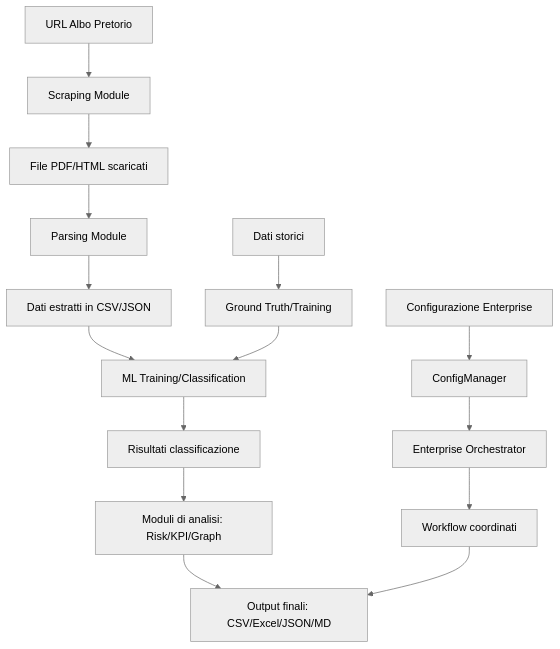
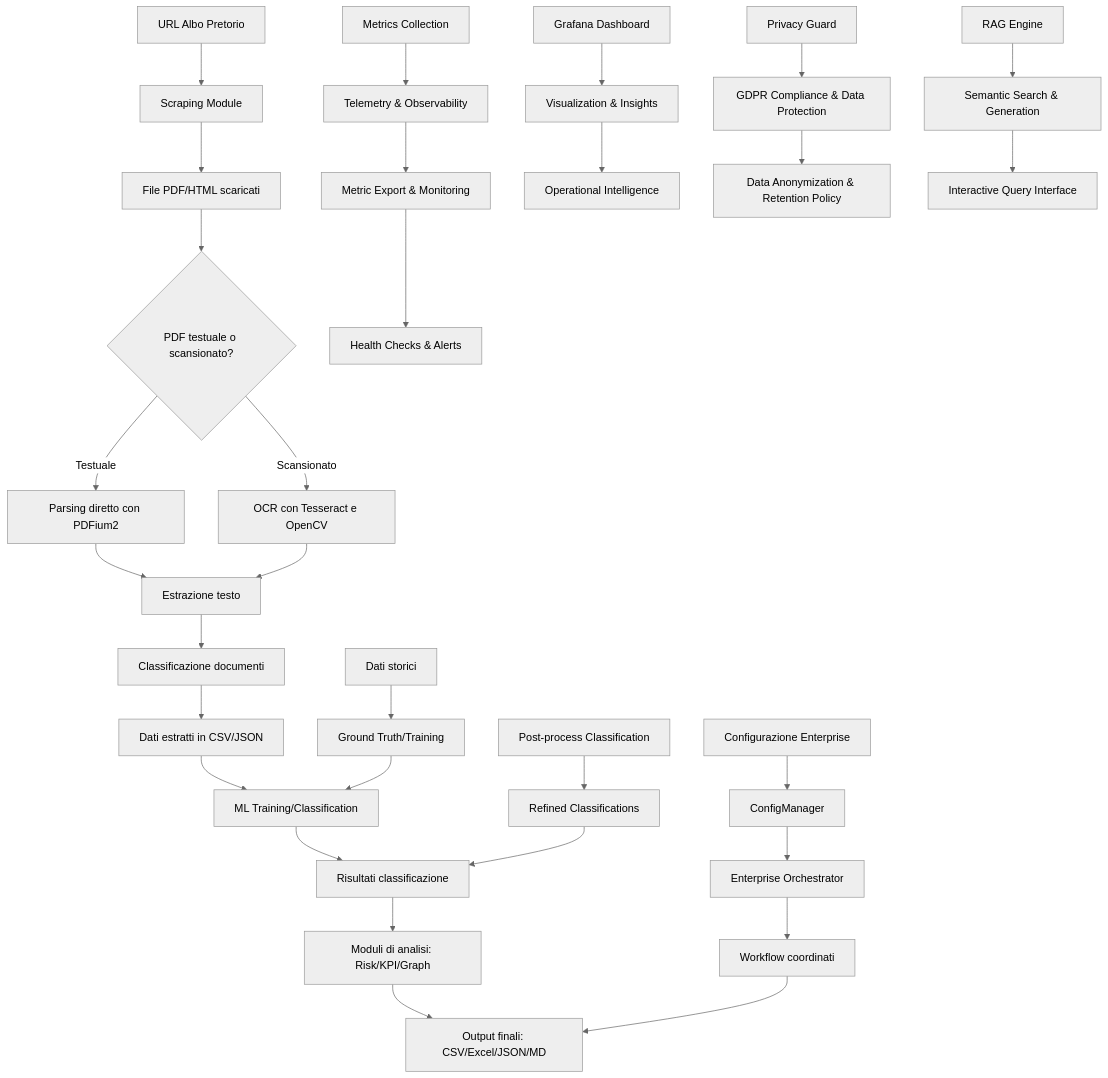
The first of 7 diagrams in IO_MAP.md (pietroscik/albo-pretorio-audit-delivery), drawn with Mermaid (neutral theme) before and after one commit. The commit also changed other lines of this file and 57 other files, not shown here.

````diff
--- a/IO_MAP.md
+++ b/IO_MAP.md
@@ -67,17 +69,33 @@
 ```mermaid
 graph TB
     A[URL Albo Pretorio] --> B[Scraping Module]
     B --> C[File PDF/HTML scaricati]
-    C --> D[Parsing Module]
-    D --> E[Dati estratti in CSV/JSON]
-    E --> F[ML Training/Classification]
-    F --> G[Risultati classificazione]
-    G --> H[Moduli di analisi: Risk/KPI/Graph]
-    H --> I[Output finali: CSV/Excel/JSON/MD]
-    J[Configurazione Enterprise] --> K[ConfigManager]
-    K --> L[Enterprise Orchestrator]
-    L --> M[Workflow coordinati]
-    M --> I
-    N[Dati storici] --> O[Ground Truth/Training]
-    O --> F
+    C --> D{PDF testuale o scansionato?}
+    D -->|Testuale| E[Parsing diretto con PDFium2]
+    D -->|Scansionato| F[OCR con Tesseract e OpenCV]
+    E --> G[Estrazione testo]
+    F --> G
+    G --> H[Classificazione documenti]
+    H --> I[Dati estratti in CSV/JSON]
+    I --> J[ML Training/Classification]
+    J --> K[Risultati classificazione]
+    K --> L[Moduli di analisi: Risk/KPI/Graph]
+    L --> M[Output finali: CSV/Excel/JSON/MD]
+    N[Configurazione Enterprise] --> O[ConfigManager]
+    O --> P[Enterprise Orchestrator]
+    P --> Q[Workflow coordinati]
+    Q --> M
+    R[Dati storici] --> S[Ground Truth/Training]
+    S --> J
+    T[Post-process Classification] --> U[Refined Classifications]
+    U --> K
+    V[Metrics Collection] --> W[Telemetry & Observability]
+    W --> X[Metric Export & Monitoring]
+    X --> Y[Health Checks & Alerts]
+    Z[Grafana Dashboard] --> AA[Visualization & Insights]
+    AA --> AB[Operational Intelligence]
+    AC[Privacy Guard] --> AD[GDPR Compliance & Data Protection]
+    AD --> AE[Data Anonymization & Retention Policy]
+    AF[RAG Engine] --> AG[Semantic Search & Generation]
+    AG --> AH[Interactive Query Interface]
 ```
````
